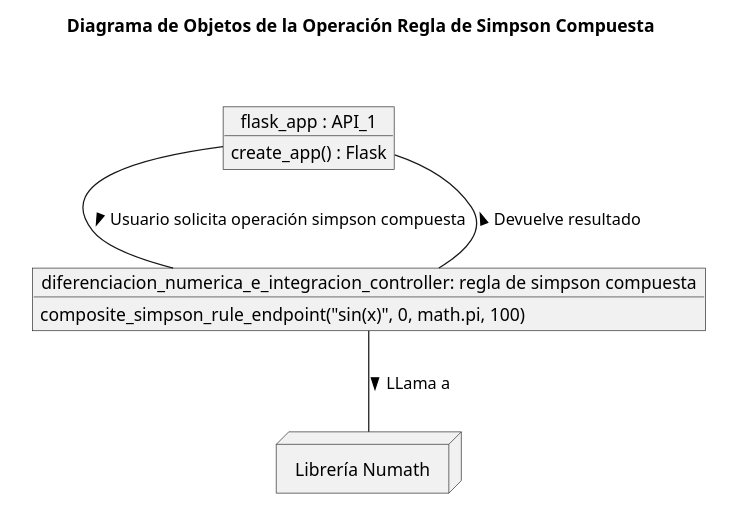
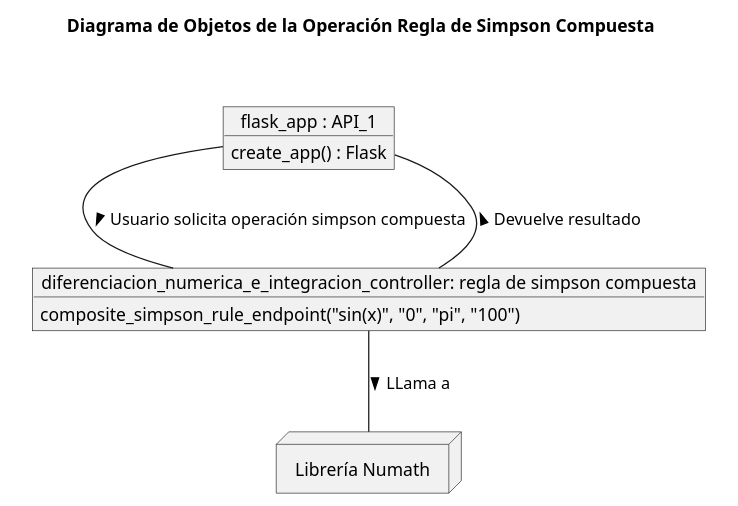
The diagram in modelosUML/diagramaObjertosSimpsonCompuesta.puml (rodri5villa/numath-API), drawn with PlantUML before and after one commit. The commit also changed 7 other files, not shown here.

```diff
--- a/modelosUML/diagramaObjertosSimpsonCompuesta.puml
+++ b/modelosUML/diagramaObjertosSimpsonCompuesta.puml
@@ -1,25 +1,25 @@
 @startuml
 
 skinparam packageBorderColor white
 skinparam packageBackgroundColor white
 
 title Diagrama de Objetos de la Operación Regla de Simpson Compuesta
 
 package " " {
   object "flask_app : API_1" as flask_app {
     create_app() : Flask
   }
   
   object "diferenciacion_numerica_e_integracion_controller: regla de simpson compuesta" as operaciones {
-    composite_simpson_rule_endpoint("sin(x)", 0, math.pi, 100)  
+    composite_simpson_rule_endpoint("sin(x)", "0", "pi", "100")  
   }
 }
 
 node "Librería Numath" as PyLibrary {
 }
 
 flask_app -- operaciones: "Usuario solicita operación simpson compuesta >"
 operaciones -- PyLibrary : "LLama a >"
 operaciones -- flask_app : "Devuelve resultado >"
 
 @enduml
```
